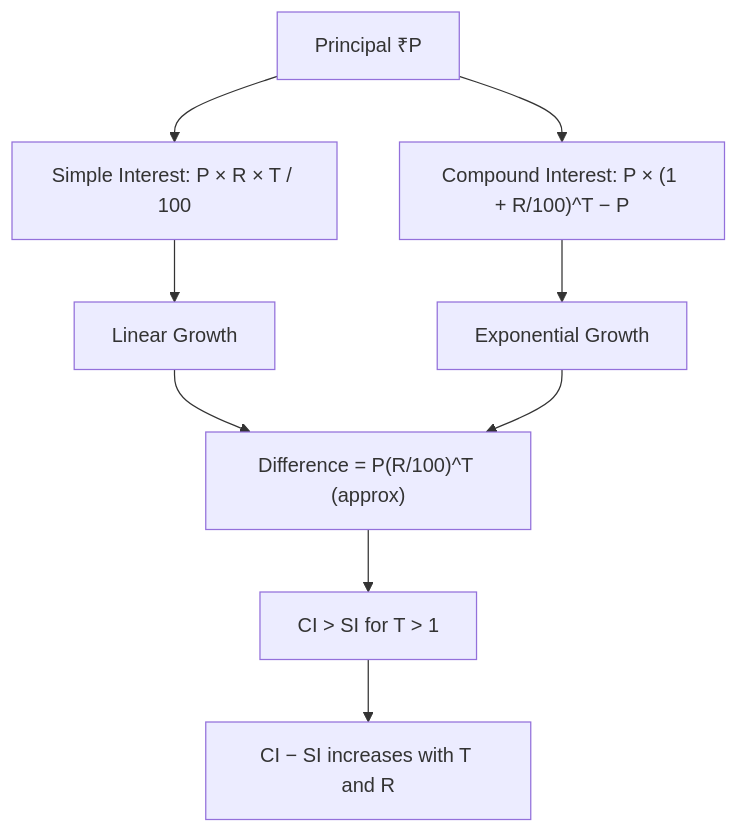
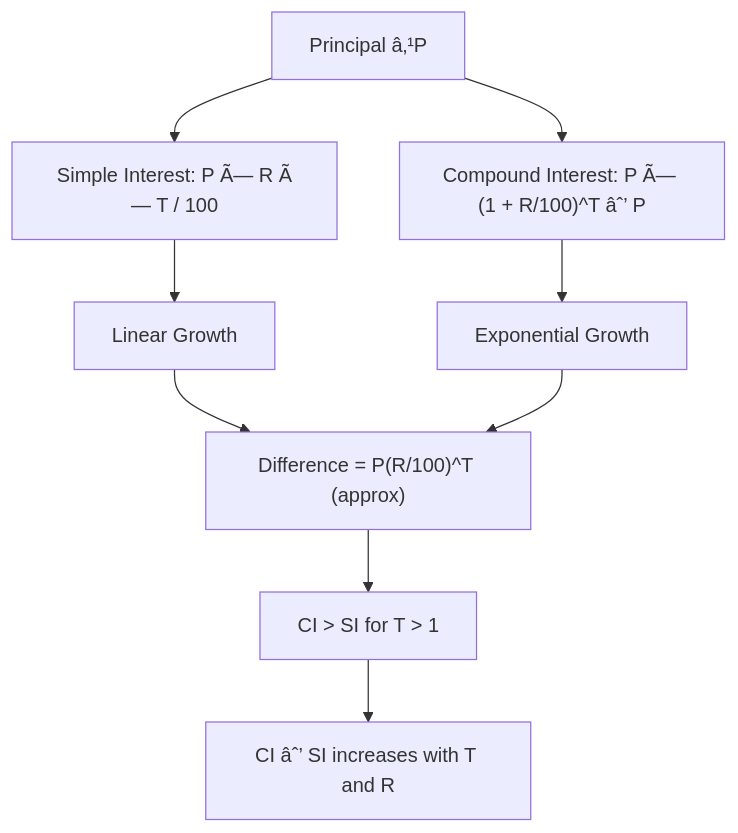
One commit to Raushan666java/ai-engineering-journey changed the seventh of 11 diagrams in docs/courses/quantitative-aptitude/01-arithmetic-foundation.md. Above: the diagram before and after it, drawn with Mermaid. The commit also changed other lines of this file and 735 other files, not shown here.

````diff
--- a/docs/courses/quantitative-aptitude/01-arithmetic-foundation.md
+++ b/docs/courses/quantitative-aptitude/01-arithmetic-foundation.md
@@ -1055,11 +1055,11 @@
 ```mermaid
 flowchart TD
-    A["Principal ₹P"] --> B["Simple Interest: P × R × T / 100"]
-    A --> C["Compound Interest: P × (1 + R/100)^T − P"]
+    A["Principal â‚¹P"] --> B["Simple Interest: P Ã— R Ã— T / 100"]
+    A --> C["Compound Interest: P Ã— (1 + R/100)^T âˆ’ P"]
     B --> D["Linear Growth"]
     C --> E["Exponential Growth"]
     D --> F["Difference = P(R/100)^T (approx)"]
     E --> F
     F --> G["CI > SI for T > 1"]
-    G --> H["CI − SI increases with T and R"]
+    G --> H["CI âˆ’ SI increases with T and R"]
 ```
````
